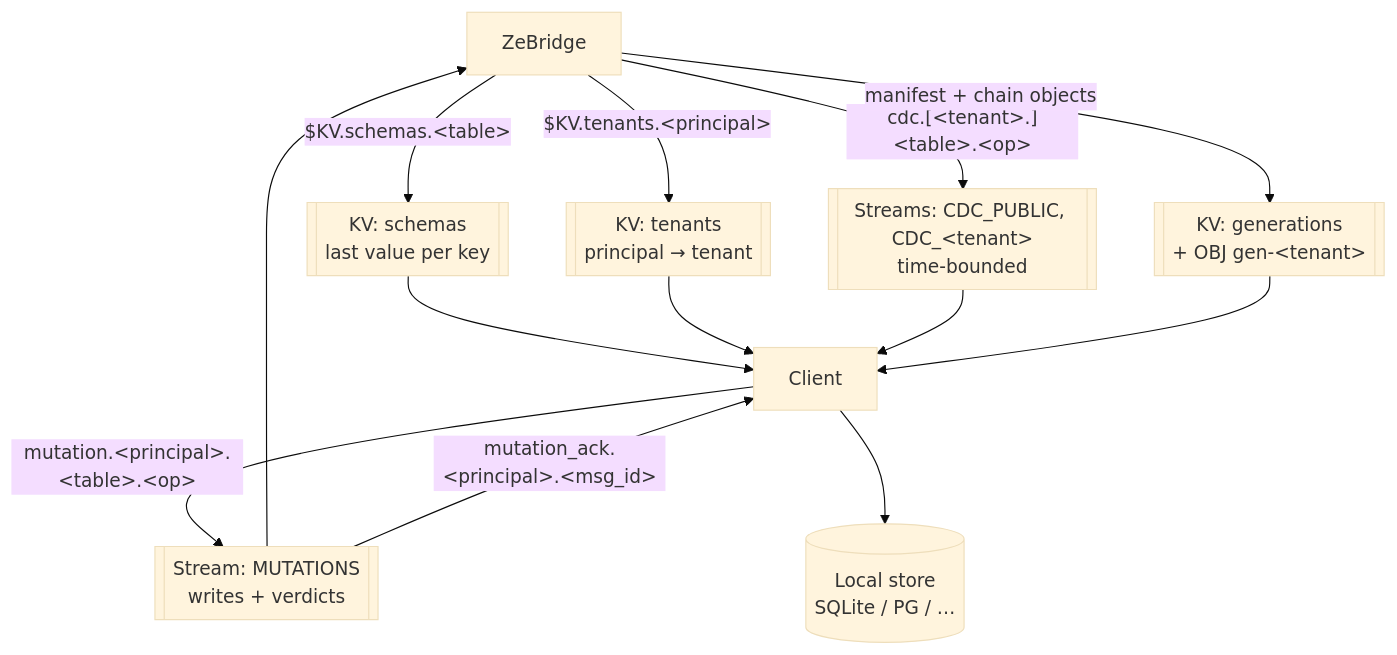
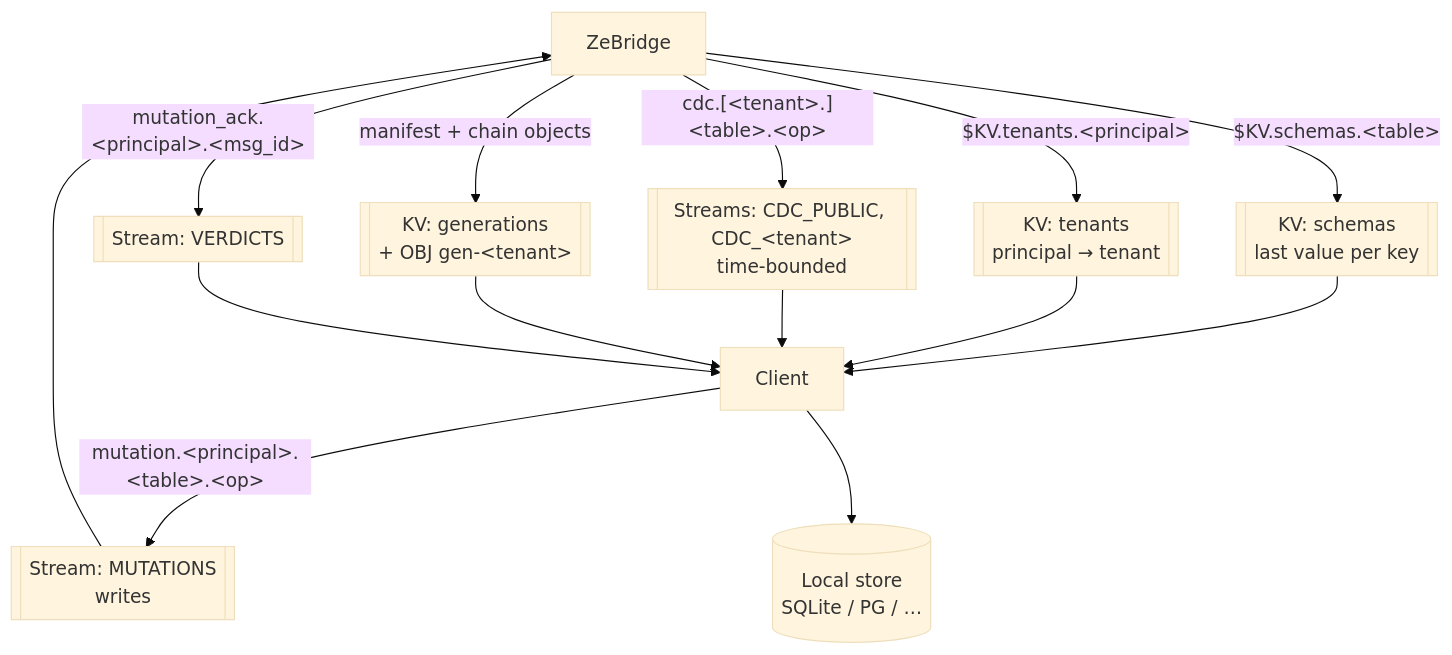
Before and after one commit to ndrean/ZeBridge: the first of 4 diagrams in PROTOCOL.md, drawn with Mermaid (base theme). The commit also changed other lines of this file and 18 other files, not shown here.

First line of the commit message:
verdicts get their own stream, and a re-grant lifts the ban (NOTES §10jj)

````diff
--- a/PROTOCOL.md
+++ b/PROTOCOL.md
@@ -165,15 +165,16 @@
 ```mermaid
 flowchart TD
   B[ZeBridge]-->|"$KV.schemas.&lt;table&gt;"| KV[["KV: schemas<br/>last value per key"]]
   B -->|"$KV.tenants.&lt;principal&gt;"| TEN[["KV: tenants<br/>principal → tenant"]]
   B -->|"cdc.[&lt;tenant&gt;.]&lt;table&gt;.&lt;op&gt;"| CDC[["Streams: CDC_PUBLIC, CDC_&lt;tenant&gt;<br/>time-bounded"]]
   B -->|"manifest + chain objects"| GEN[["KV: generations<br/>+ OBJ gen-&lt;tenant&gt;"]]
   KV --> C[Client]
   TEN --> C
   CDC --> C
   GEN --> C
-  C -->|"mutation.&lt;principal&gt;.&lt;table&gt;.&lt;op&gt;"| MUT[["Stream: MUTATIONS<br/>writes + verdicts"]]
+  C -->|"mutation.&lt;principal&gt;.&lt;table&gt;.&lt;op&gt;"| MUT[["Stream: MUTATIONS<br/>writes"]]
   MUT --> B
-  MUT -->|"mutation_ack.&lt;principal&gt;.&lt;msg_id&gt;"| C
+  B -->|"mutation_ack.&lt;principal&gt;.&lt;msg_id&gt;"| VER[["Stream: VERDICTS"]]
+  VER --> C
   C --> L[(Local store<br/>SQLite / PG / …)]
 ```
````
